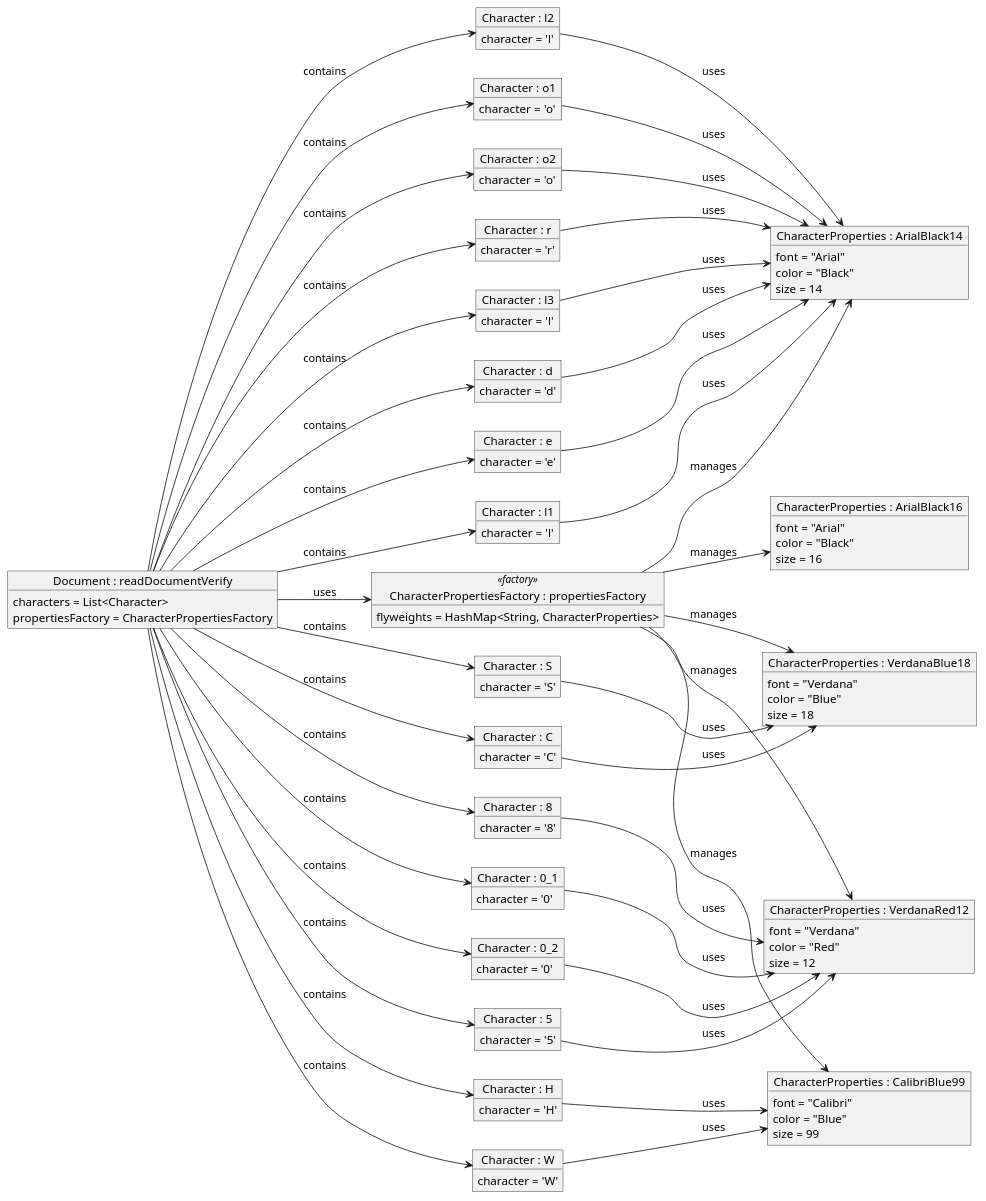
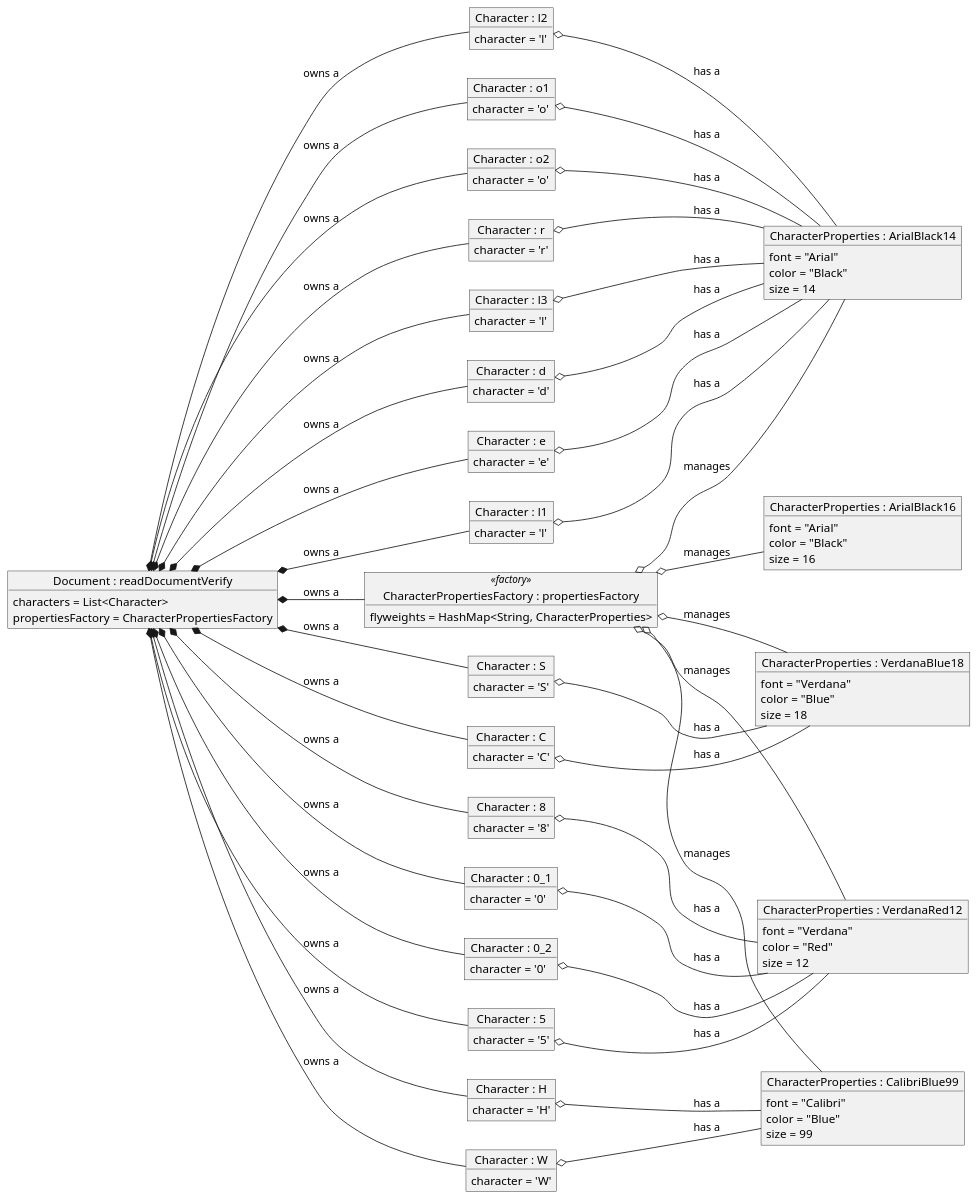
One commit to chile20/CS4800 changed the diagram in Assignment8/Part2:Quiz2/ObjDiagram_After.puml. Above: the diagram before and after it, drawn with PlantUML. The commit also changed 2 other files, not shown here.

```diff
--- a/Assignment8/Part2:Quiz2/ObjDiagram_After.puml
+++ b/Assignment8/Part2:Quiz2/ObjDiagram_After.puml
@@ -1,139 +1,141 @@
 @startuml
 ' Layout Direction
 left to right direction
 
 ' Define Objects
 object "Document : readDocumentVerify" as doc {
   characters = List<Character>
   propertiesFactory = CharacterPropertiesFactory
 }
 
 object "CharacterPropertiesFactory : propertiesFactory" as cpf <<factory>> {
   flyweights = HashMap<String, CharacterProperties>
 }
 
 ' Characters Properties Instances
 object "CharacterProperties : ArialBlack14" as CP1 {
   font = "Arial"
   color = "Black"
   size = 14
 }
 object "CharacterProperties : ArialBlack16" as CP2 {
   font = "Arial"
   color = "Black"
   size = 16
 }
 object "CharacterProperties : VerdanaBlue18" as CP3 {
   font = "Verdana"
   color = "Blue"
   size = 18
 }
 object "CharacterProperties : VerdanaRed12" as CP4 {
   font = "Verdana"
   color = "Red"
   size = 12
 }
 
 object "CharacterProperties : CalibriBlue99" as CP5 {
   font = "Calibri"
   color = "Blue"
   size = 99
 }
 
 ' Define Characters
 object "Character : H" as Ch1 {
   character = 'H'
 }
 object "Character : e" as Ch2 {
   character = 'e'
 }
 object "Character : l1" as Ch3 {
   character = 'l'
 }
 object "Character : l2" as Ch4 {
   character = 'l'
 }
 object "Character : o1" as Ch5 {
   character = 'o'
 }
 object "Character : W" as Ch6 {
   character = 'W'
 }
 object "Character : o2" as Ch7 {
   character = 'o'
 }
 object "Character : r" as Ch8 {
   character = 'r'
 }
 object "Character : l3" as Ch9 {
   character = 'l'
 }
 object "Character : d" as Ch10 {
   character = 'd'
 }
 object "Character : C" as Ch11 {
   character = 'C'
 }
 object "Character : S" as Ch12 {
   character = 'S'
 }
 object "Character : 5" as Ch13 {
   character = '5'
 }
 object "Character : 8" as Ch14 {
   character = '8'
 }
 object "Character : 0_1" as Ch15 {
   character = '0'
 }
 object "Character : 0_2" as Ch16 {
   character = '0'
 }
 
-' Define Relationships
-doc --> cpf : "uses"
+' Add space for readability
 cpf -[hidden]-> CP1
 cpf -[hidden]-> CP2
 cpf -[hidden]-> CP3
 cpf -[hidden]-> CP4
-doc --> Ch1 : "contains"
-doc --> Ch2 : "contains"
-doc --> Ch3 : "contains"
-doc --> Ch4 : "contains"
-doc --> Ch5 : "contains"
-doc --> Ch6 : "contains"
-doc --> Ch7 : "contains"
-doc --> Ch8 : "contains"
-doc --> Ch9 : "contains"
-doc --> Ch10 : "contains"
-doc --> Ch11 : "contains"
-doc --> Ch12 : "contains"
-doc --> Ch13 : "contains"
-doc --> Ch14 : "contains"
-doc --> Ch15 : "contains"
-doc --> Ch16 : "contains"
 
-cpf --> CP1 : "manages"
-cpf --> CP2 : "manages"
-cpf --> CP3 : "manages"
-cpf --> CP4 : "manages"
-cpf --> CP5 : "manages"
+' Define Relationships
+doc *-- cpf : "owns a"
+doc *-- Ch1 : "owns a"
+doc *-- Ch2 : "owns a"
+doc *-- Ch3 : "owns a"
+doc *-- Ch4 : "owns a"
+doc *-- Ch5 : "owns a"
+doc *-- Ch6 : "owns a"
+doc *-- Ch7 : "owns a"
+doc *-- Ch8 : "owns a"
+doc *-- Ch9 : "owns a"
+doc *-- Ch10 : "owns a"
+doc *-- Ch11 : "owns a"
+doc *-- Ch12 : "owns a"
+doc *-- Ch13 : "owns a"
+doc *-- Ch14 : "owns a"
+doc *-- Ch15 : "owns a"
+doc *-- Ch16 : "owns a"
 
-Ch1 --> CP5 : "uses"
-Ch2 --> CP1 : "uses"
-Ch3 --> CP1 : "uses"
-Ch4 --> CP1 : "uses"
-Ch5 --> CP1 : "uses"
-Ch6 --> CP5 : "uses"
-Ch7 --> CP1 : "uses"
-Ch8 --> CP1 : "uses"
-Ch9 --> CP1 : "uses"
-Ch10 --> CP1 : "uses"
-Ch11 --> CP3 : "uses"
-Ch12 --> CP3 : "uses"
-Ch13 --> CP4 : "uses"
-Ch14 --> CP4 : "uses"
-Ch15 --> CP4 : "uses"
-Ch16 --> CP4 : "uses"
+cpf o-- CP1 : "manages"
+cpf o-- CP2 : "manages"
+cpf o-- CP3 : "manages"
+cpf o-- CP4 : "manages"
+cpf o-- CP5 : "manages"
+
+Ch1 o-- CP5 : "has a"
+Ch2 o-- CP1 : "has a"
+Ch3 o-- CP1 : "has a"
+Ch4 o-- CP1 : "has a"
+Ch5 o-- CP1 : "has a"
+Ch6 o-- CP5 : "has a"
+Ch7 o-- CP1 : "has a"
+Ch8 o-- CP1 : "has a"
+Ch9 o-- CP1 : "has a"
+Ch10 o-- CP1 : "has a"
+Ch11 o-- CP3 : "has a"
+Ch12 o-- CP3 : "has a"
+Ch13 o-- CP4 : "has a"
+Ch14 o-- CP4 : "has a"
+Ch15 o-- CP4 : "has a"
+Ch16 o-- CP4 : "has a"
 
 @enduml
```
